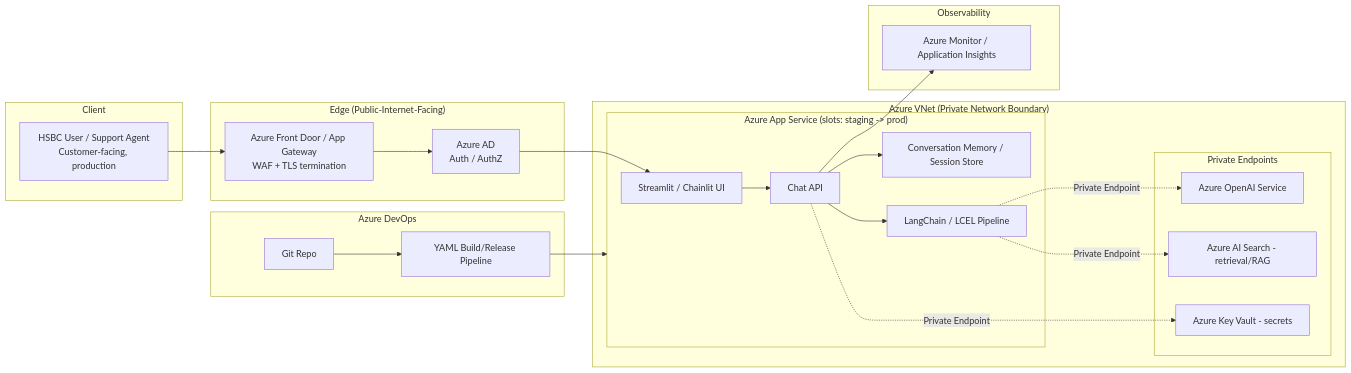
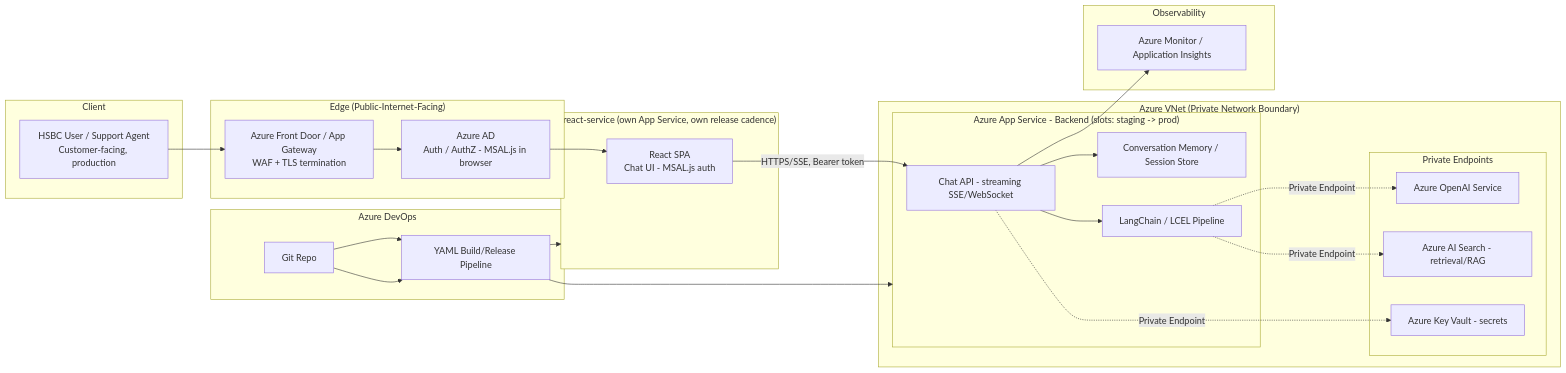
One commit to k-abhish3k/Interview-Prep changed the diagram in 01-Capco-AI-Chatbot-Assistant/00-README.md. Above: the diagram before and after it, drawn with Mermaid. The commit also changed other lines of this file and 257 other files, not shown here.

````diff
--- a/01-Capco-AI-Chatbot-Assistant/00-README.md
+++ b/01-Capco-AI-Chatbot-Assistant/00-README.md
@@ -88,46 +90,51 @@
 ```mermaid
 flowchart LR
     subgraph Client
         U[HSBC User / Support Agent<br/>Customer-facing, production]
     end
 
     subgraph Edge["Edge (Public-Internet-Facing)"]
         FD[Azure Front Door / App Gateway<br/>WAF + TLS termination]
-        AAD[Azure AD<br/>Auth / AuthZ]
+        AAD[Azure AD<br/>Auth / AuthZ - MSAL.js in browser]
+    end
+
+    subgraph FE["react-service (own App Service, own release cadence)"]
+        UI2[React SPA<br/>Chat UI - MSAL.js auth]
     end
 
     subgraph VNet["Azure VNet (Private Network Boundary)"]
-        subgraph AppSvc["Azure App Service (slots: staging -> prod)"]
-            UI2[Streamlit / Chainlit UI]
-            API[Chat API]
+        subgraph AppSvc["Azure App Service - Backend (slots: staging -> prod)"]
+            API[Chat API - streaming SSE/WebSocket]
             MEM[Conversation Memory / Session Store]
             CHAIN[LangChain / LCEL Pipeline]
         end
 
         subgraph PE["Private Endpoints"]
             AOAI[Azure OpenAI Service]
             SEARCH[Azure AI Search - retrieval/RAG]
             KV[Azure Key Vault - secrets]
         end
     end
 
     subgraph Obs["Observability"]
         AI[Azure Monitor / Application Insights]
     end
 
     subgraph DevOps["Azure DevOps"]
         REPO[Git Repo]
         PIPE[YAML Build/Release Pipeline]
     end
 
     U --> FD
     FD --> AAD
-    AAD --> UI2 --> API
+    AAD --> UI2
+    UI2 -- HTTPS/SSE, Bearer token --> API
     API --> MEM
     API --> CHAIN
     CHAIN -. Private Endpoint .-> AOAI
     CHAIN -. Private Endpoint .-> SEARCH
     API -. Private Endpoint .-> KV
     API --> AI
     REPO --> PIPE --> AppSvc
+    REPO --> PIPE --> FE
 ```
````
